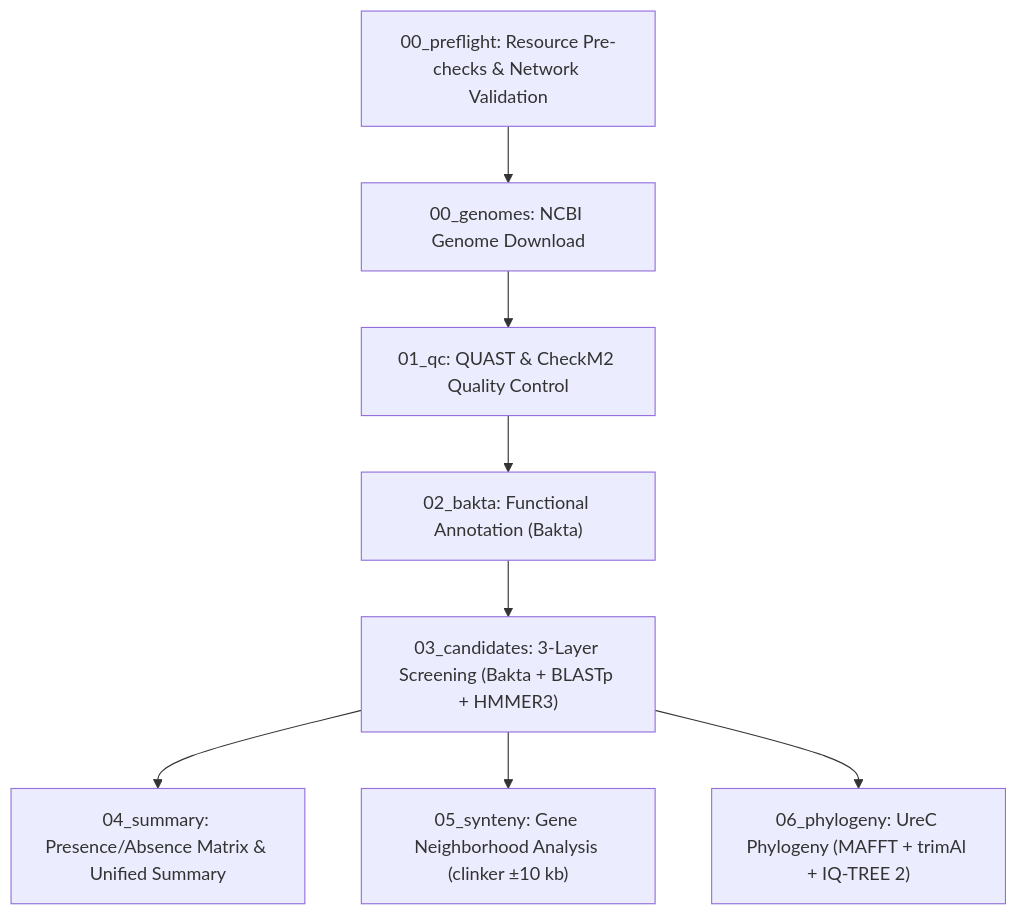
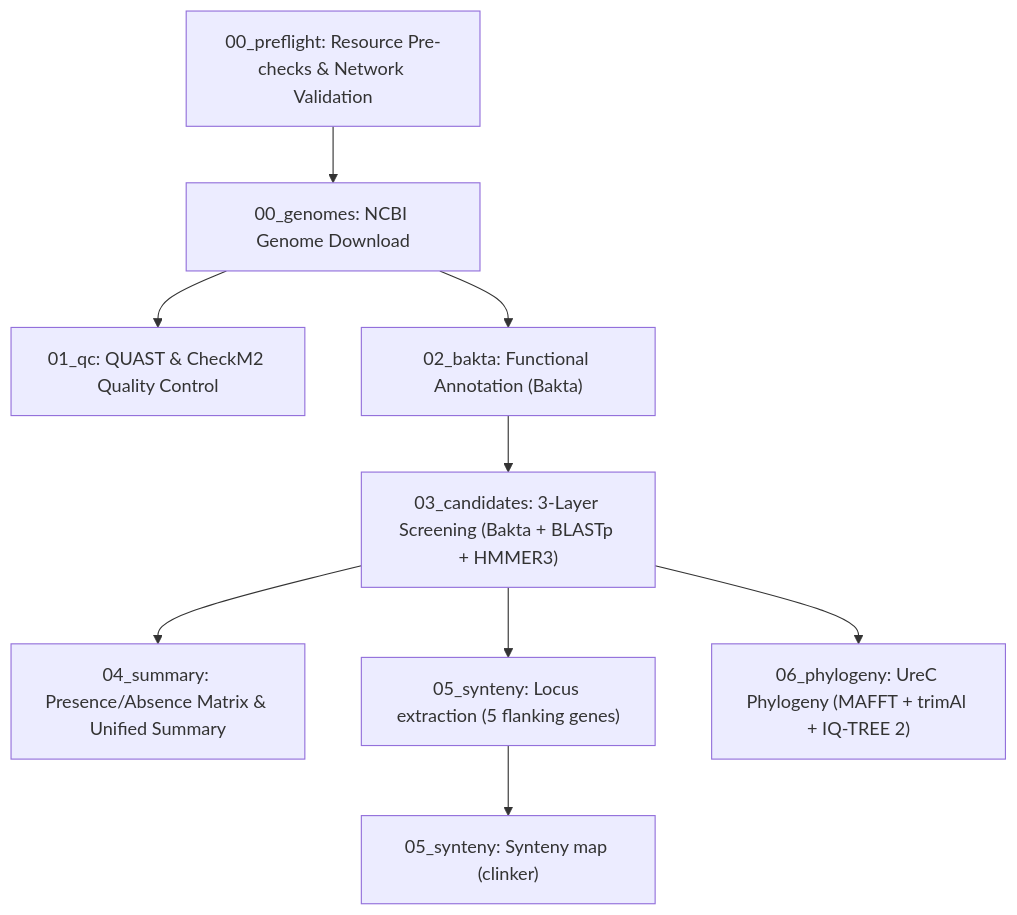
Before and after one commit to waldeyr/bafes-urease: the first of 3 diagrams in README.en.md, drawn with Mermaid. The commit also changed other lines of this file and 9 other files, not shown here.

````diff
--- a/README.en.md
+++ b/README.en.md
@@ -115,10 +112,11 @@
 ```mermaid
 flowchart TD
     Preflight["00_preflight: Resource Pre-checks & Network Validation"] --> Download["00_genomes: NCBI Genome Download"]
     Download --> QC["01_qc: QUAST & CheckM2 Quality Control"]
-    QC --> Bakta["02_bakta: Functional Annotation (Bakta)"]
+    Download --> Bakta["02_bakta: Functional Annotation (Bakta)"]
     Bakta --> Candidates["03_candidates: 3-Layer Screening (Bakta + BLASTp + HMMER3)"]
     Candidates --> Summary["04_summary: Presence/Absence Matrix & Unified Summary"]
-    Candidates --> Synteny["05_synteny: Gene Neighborhood Analysis (clinker ±10 kb)"]
+    Candidates --> Locus["05_synteny: Locus extraction (5 flanking genes)"]
+    Locus --> Synteny["05_synteny: Synteny map (clinker)"]
     Candidates --> Phylogeny["06_phylogeny: UreC Phylogeny (MAFFT + trimAl + IQ-TREE 2)"]
 ```
````
